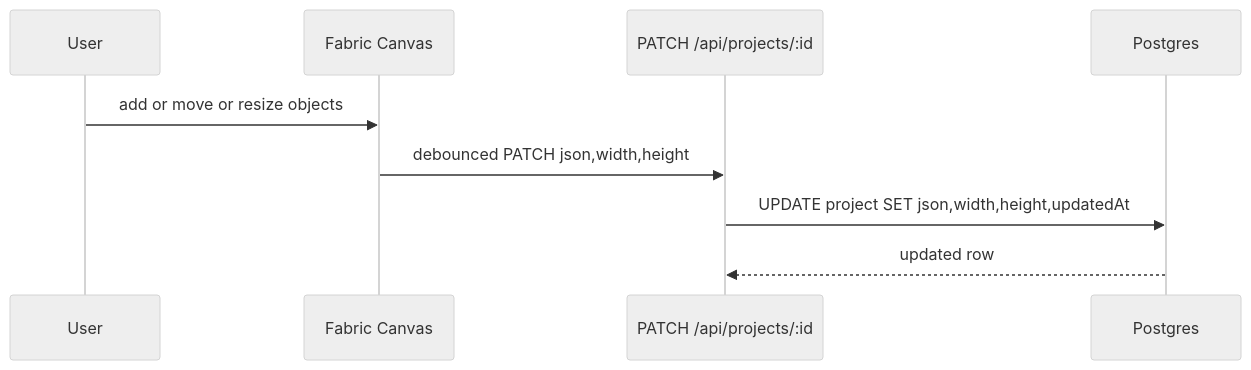
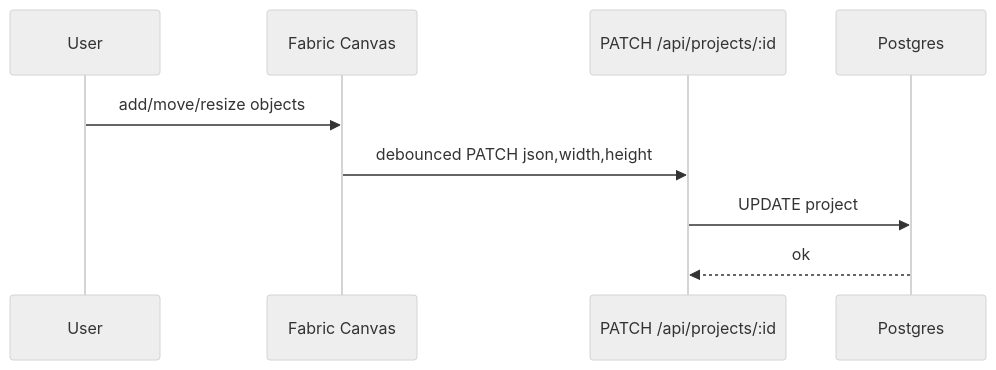
Before and after one commit to kevinsslin/pigcasso-canva: the fourth of 4 diagrams in docs/foundamental.md, drawn with Mermaid (neutral theme). The commit also changed other lines of this file and 5 other files, not shown here.

````diff
--- a/docs/foundamental.md
+++ b/docs/foundamental.md
@@ -153,12 +174,12 @@
 ```mermaid
 sequenceDiagram
   participant User
   participant Canvas as Fabric Canvas
   participant API as PATCH /api/projects/:id
   participant DB as Postgres
 
-  User->>Canvas: add or move or resize objects
+  User->>Canvas: add/move/resize objects
   Canvas->>API: debounced PATCH json,width,height
-  API->>DB: UPDATE project SET json,width,height,updatedAt
-  DB-->>API: updated row
+  API->>DB: UPDATE project
+  DB-->>API: ok
 ```
````
